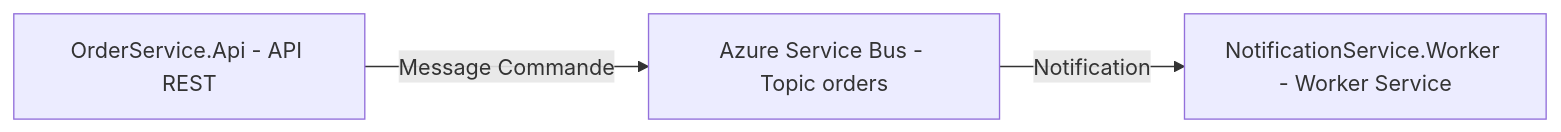
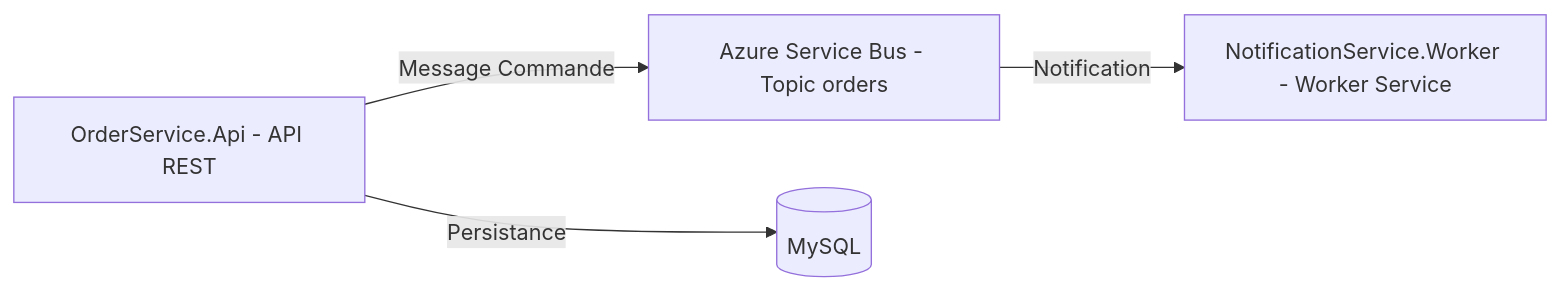
Before and after one commit to Galeih/OrderNotificationSystem: the diagram in Readme.md, drawn with Mermaid. The commit also changed other lines of this file and 13 other files, not shown here.

````diff
--- a/Readme.md
+++ b/Readme.md
@@ -19,5 +20,6 @@
 ```mermaid
 flowchart LR
     A[OrderService.Api - API REST] -- Message Commande --> B[Azure Service Bus - Topic orders]
     B -- Notification --> C[NotificationService.Worker - Worker Service]
+    A -- Persistance --> D[(MySQL)]
 ```
````
